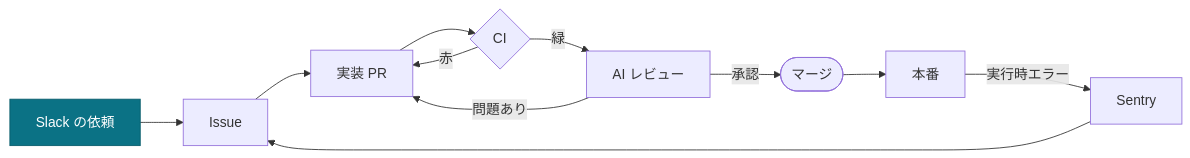
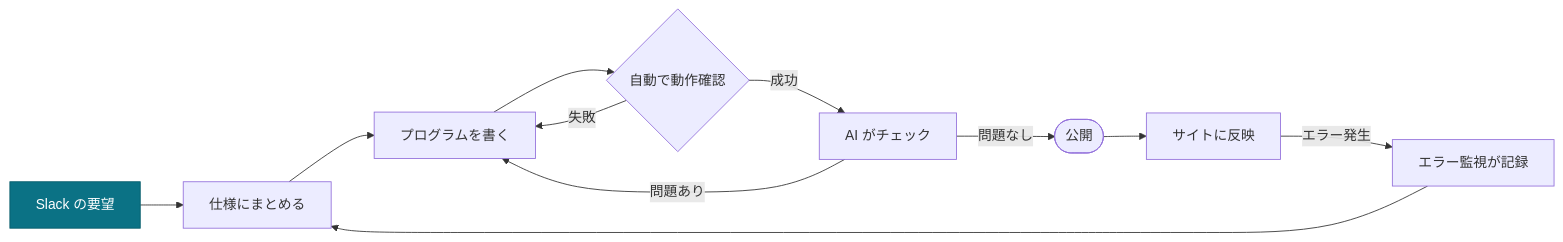
One commit to hakusoft/loop-engineering-lab changed the first of 2 diagrams in README.md. Above: the diagram before and after it, drawn with Mermaid. The commit also changed other lines of this file, not shown here.

````diff
--- a/README.md
+++ b/README.md
@@ -13,16 +14,16 @@
 ```mermaid
 flowchart LR
-    SLACK[Slack の依頼] --> ISSUE[Issue]
-    ISSUE --> PR[実装 PR]
-    PR --> CI{CI}
-    CI -->|赤| PR
-    CI -->|緑| REVIEW[AI レビュー]
+    SLACK[Slack の要望] --> ISSUE[仕様にまとめる]
+    ISSUE --> PR[プログラムを書く]
+    PR --> CI{自動で動作確認}
+    CI -->|失敗| PR
+    CI -->|成功| REVIEW[AI がチェック]
     REVIEW -->|問題あり| PR
-    REVIEW -->|承認| MERGE([マージ])
-    MERGE --> PROD[本番]
-    PROD -->|実行時エラー| SENTRY[Sentry]
+    REVIEW -->|問題なし| MERGE([公開])
+    MERGE --> PROD[サイトに反映]
+    PROD -->|エラー発生| SENTRY[エラー監視が記録]
     SENTRY --> ISSUE
 
     classDef human fill:#0b7285,stroke:#075c6b,color:#fff
     class SLACK human
 ```
````
